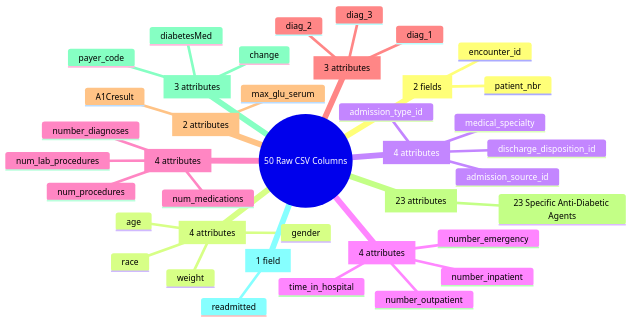
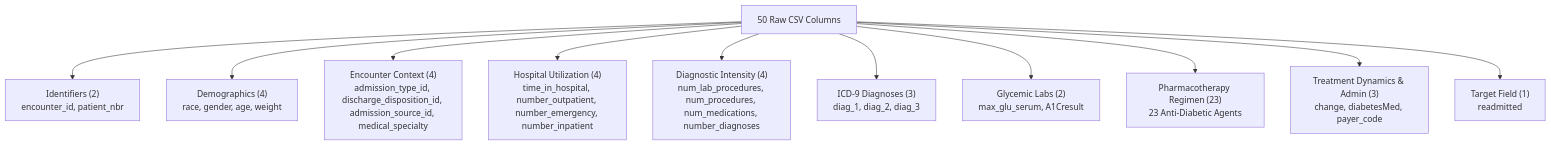
Before and after one commit to Dr-Venom29/FusionMedAI: the diagram in research/clinical/Volume_01_Dataset_Audit/05_feature_taxonomy.md, drawn with Mermaid. The commit also changed 30 other files, not shown here.

````diff
--- a/research/clinical/Volume_01_Dataset_Audit/05_feature_taxonomy.md
+++ b/research/clinical/Volume_01_Dataset_Audit/05_feature_taxonomy.md
@@ -7,42 +7,14 @@
 ```mermaid
-mindmap
-  root((50 Raw CSV Columns))
-    Identifiers [2 fields]
-      encounter_id
-      patient_nbr
-    Demographics [4 attributes]
-      race
-      gender
-      age
-      weight
-    Encounter Context [4 attributes]
-      admission_type_id
-      discharge_disposition_id
-      admission_source_id
-      medical_specialty
-    Hospital Utilization [4 attributes]
-      time_in_hospital
-      number_outpatient
-      number_emergency
-      number_inpatient
-    Diagnostic & Clinical Intensity [4 attributes]
-      num_lab_procedures
-      num_procedures
-      num_medications
-      number_diagnoses
-    ICD-9 Diagnoses [3 attributes]
-      diag_1
-      diag_2
-      diag_3
-    Glycemic Monitoring Labs [2 attributes]
-      max_glu_serum
-      A1Cresult
-    Pharmacotherapy Regimen [23 attributes]
-      23 Specific Anti-Diabetic Agents
-    Treatment Dynamics & Admin [3 attributes]
-      change
-      diabetesMed
-      payer_code
-    Target [1 field]
-      readmitted
+flowchart TD
+    ROOT["50 Raw CSV Columns"]
+    ROOT --> G1["Identifiers (2)<br/>encounter_id, patient_nbr"]
+    ROOT --> G2["Demographics (4)<br/>race, gender, age, weight"]
+    ROOT --> G3["Encounter Context (4)<br/>admission_type_id, discharge_disposition_id, admission_source_id, medical_specialty"]
+    ROOT --> G4["Hospital Utilization (4)<br/>time_in_hospital, number_outpatient, number_emergency, number_inpatient"]
+    ROOT --> G5["Diagnostic Intensity (4)<br/>num_lab_procedures, num_procedures, num_medications, number_diagnoses"]
+    ROOT --> G6["ICD-9 Diagnoses (3)<br/>diag_1, diag_2, diag_3"]
+    ROOT --> G7["Glycemic Labs (2)<br/>max_glu_serum, A1Cresult"]
+    ROOT --> G8["Pharmacotherapy Regimen (23)<br/>23 Anti-Diabetic Agents"]
+    ROOT --> G9["Treatment Dynamics & Admin (3)<br/>change, diabetesMed, payer_code"]
+    ROOT --> G10["Target Field (1)<br/>readmitted"]
 ```
````
